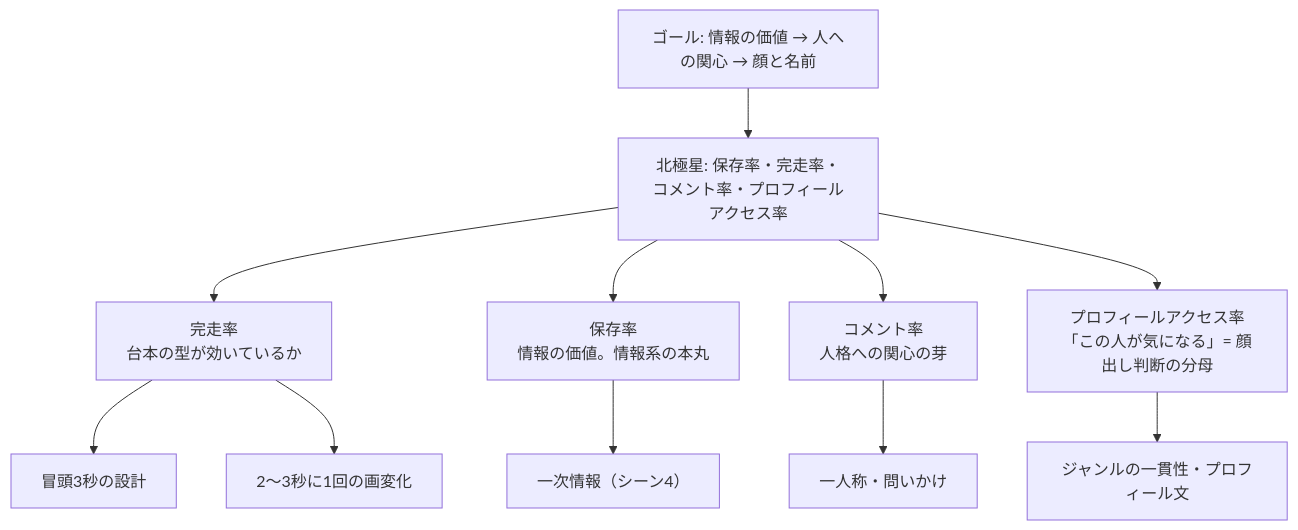
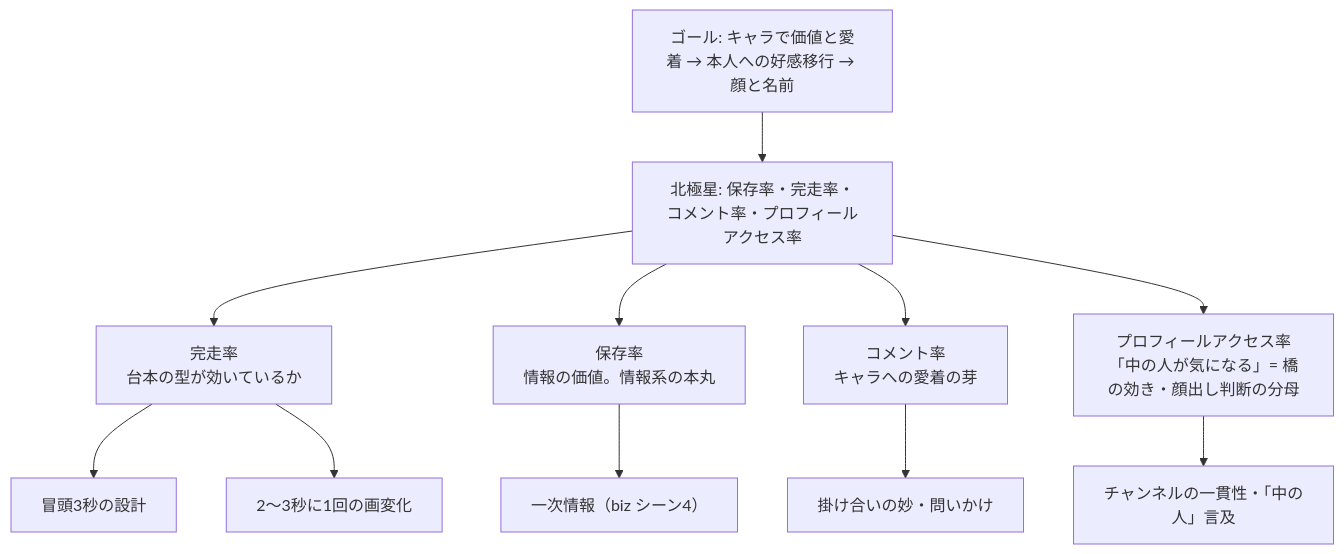
One commit to bashaka-sawabe/personal-sns-operation changed the diagram in docs/06_KPI・運用.md. Above: the diagram before and after it, drawn with Mermaid. The commit also changed other lines of this file and 1 other file, not shown here.

````diff
--- a/docs/06_KPI・運用.md
+++ b/docs/06_KPI・運用.md
@@ -10,13 +10,13 @@
 ```mermaid
 flowchart TD
-    G["ゴール: 情報の価値 → 人への関心 → 顔と名前"] --> N["北極星: 保存率・完走率・コメント率・プロフィールアクセス率"]
+    G["ゴール: キャラで価値と愛着 → 本人への好感移行 → 顔と名前"] --> N["北極星: 保存率・完走率・コメント率・プロフィールアクセス率"]
     N --> K1["完走率<br/>台本の型が効いているか"]
     N --> K2["保存率<br/>情報の価値。情報系の本丸"]
-    N --> K3["コメント率<br/>人格への関心の芽"]
-    N --> K4["プロフィールアクセス率<br/>「この人が気になる」= 顔出し判断の分母"]
+    N --> K3["コメント率<br/>キャラへの愛着の芽"]
+    N --> K4["プロフィールアクセス率<br/>「中の人が気になる」= 橋の効き・顔出し判断の分母"]
     K1 --> S1["冒頭3秒の設計"]
     K1 --> S2["2〜3秒に1回の画変化"]
-    K2 --> S3["一次情報（シーン4）"]
-    K3 --> S4["一人称・問いかけ"]
-    K4 --> S5["ジャンルの一貫性・プロフィール文"]
+    K2 --> S3["一次情報（biz シーン4）"]
+    K3 --> S4["掛け合いの妙・問いかけ"]
+    K4 --> S5["チャンネルの一貫性・「中の人」言及"]
 ```
````
